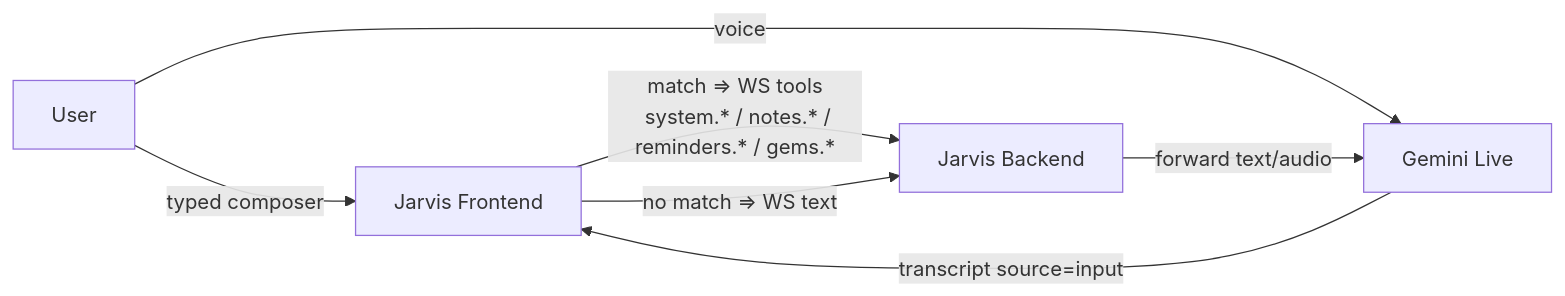
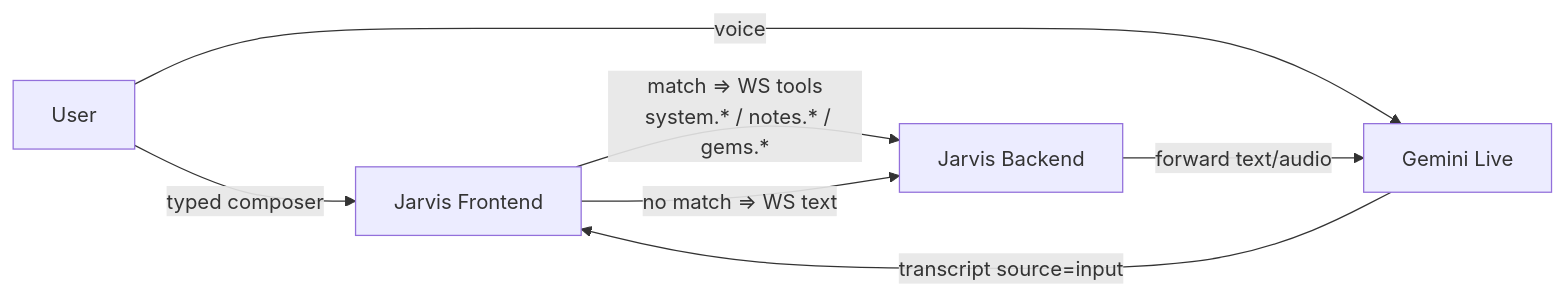
The fifth of 12 diagrams in services/assistance/docs/CHARTS.md (tonezzz/chaba), drawn with Mermaid before and after one commit. The commit also changed other lines of this file and 15 other files, not shown here.

Commit message:
docs: update routes/sequences; remove obsolete google tasks/calendar/reminders references

````diff
--- a/services/assistance/docs/CHARTS.md
+++ b/services/assistance/docs/CHARTS.md
@@ -131,16 +120,16 @@
 ```mermaid
 flowchart LR
   U[User]
   FE[Jarvis Frontend]
   BE[Jarvis Backend]
   GL[Gemini Live]
 
   U -->|typed composer| FE
   U -->|voice| GL
   GL -->|transcript source=input| FE
 
   FE -->|match => WS tools
-  system.* / notes.* / reminders.* / gems.*| BE
+  system.* / notes.* / gems.*| BE
   FE -->|no match => WS text| BE
   BE -->|forward text/audio| GL
 ```
````
